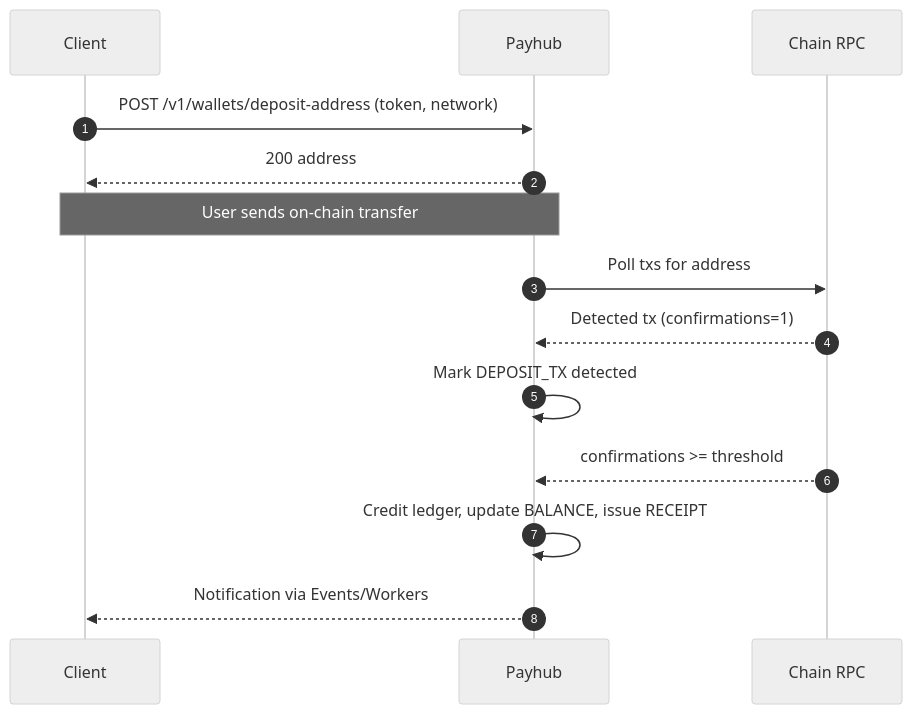
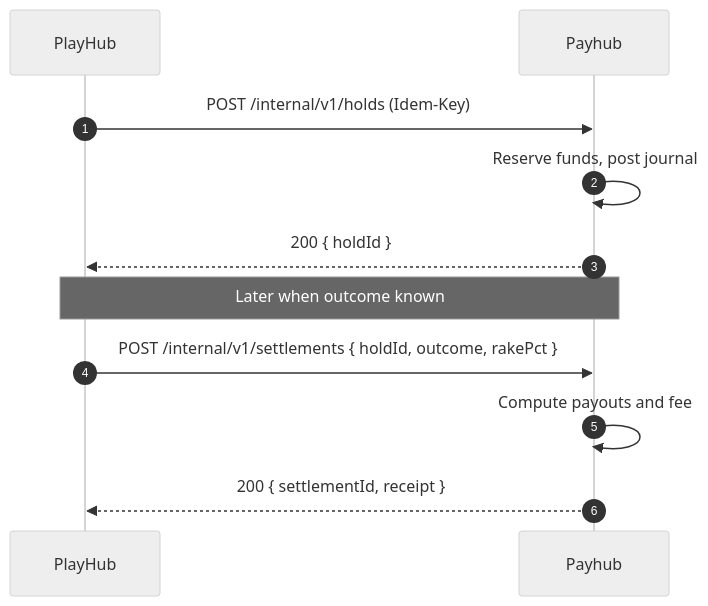
The third of 6 diagrams in SystemDesign.md (bkkac/tg-miniapp-payhub-service), drawn with Mermaid (neutral theme) before and after one commit. The commit also changed other lines of this file, not shown here.

````diff
--- a/SystemDesign.md
+++ b/SystemDesign.md
@@ -465,16 +489,13 @@
 ```mermaid
 sequenceDiagram
   autonumber
-  participant UI as Client
-  participant PH as Payhub
-  participant CH as Chain RPC
-  UI->>PH: POST /v1/wallets/deposit-address (token, network)
-  PH-->>UI: 200 address
-  Note over UI,PH: User sends on-chain transfer
-  PH->>CH: Poll txs for address
-  CH-->>PH: Detected tx (confirmations=1)
-  PH->>PH: Mark DEPOSIT_TX detected
-  CH-->>PH: confirmations >= threshold
-  PH->>PH: Credit ledger, update BALANCE, issue RECEIPT
-  PH-->>UI: Notification via Events/Workers
+  participant PH as PlayHub
+  participant PAY as Payhub
+  PH->>PAY: POST /internal/v1/holds (Idem-Key)
+  PAY->>PAY: Reserve funds, post journal
+  PAY-->>PH: 200 { holdId }
+  Note over PH,PAY: Later when outcome known
+  PH->>PAY: POST /internal/v1/settlements { holdId, outcome, rakePct }
+  PAY->>PAY: Compute payouts and fee
+  PAY-->>PH: 200 { settlementId, receipt }
 ```
````
